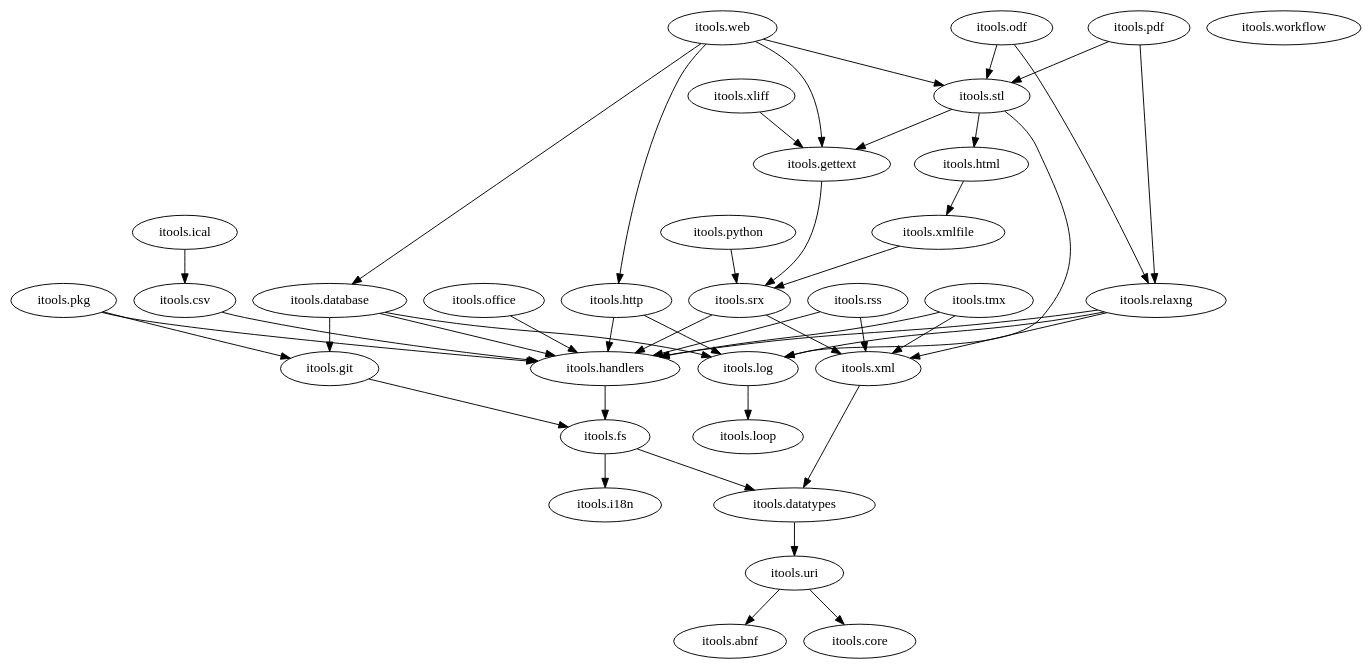
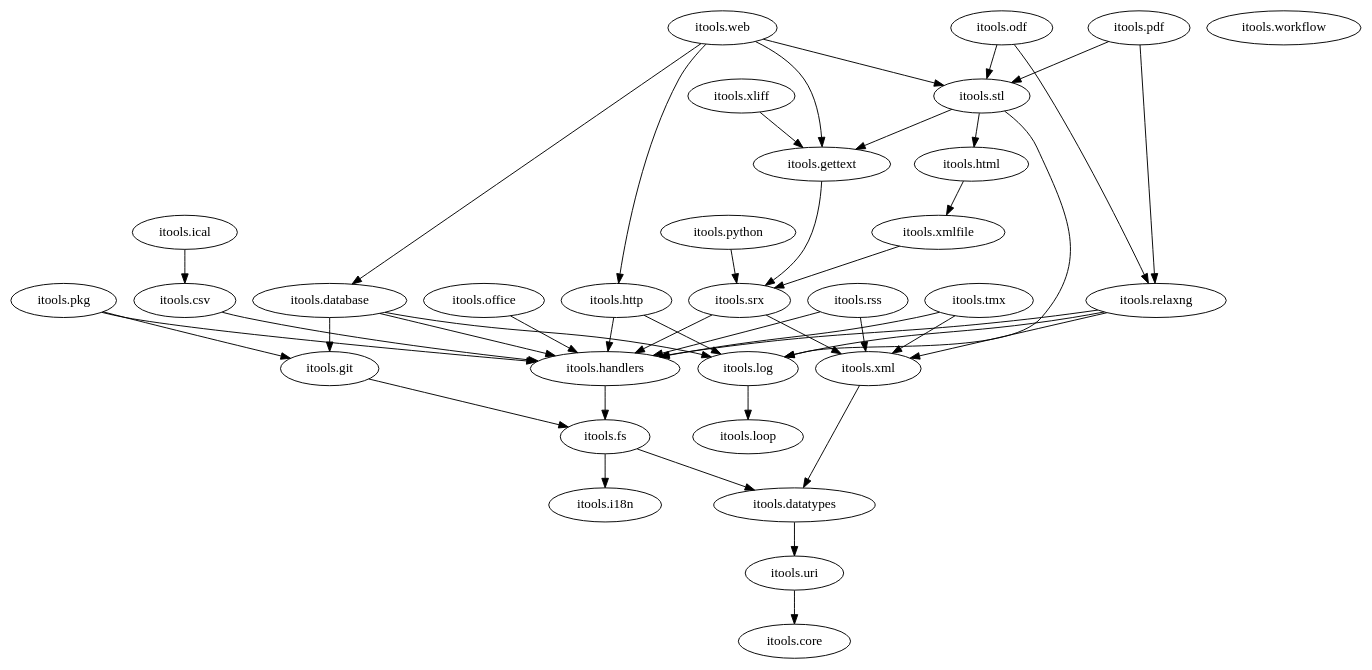
The diagram in docs/figures-src/packages.dot (hforge/itools), drawn with Graphviz before and after one commit. The commit also changed 13 other files, not shown here.

```diff
--- a/docs/figures-src/packages.dot
+++ b/docs/figures-src/packages.dot
@@ -1,152 +1,149 @@
 digraph G {
-  "itools.abnf";
-
   "itools.core";
 
   //"itools.csv" -> "itools.core";
   //"itools.csv" -> "itools.datatypes";
   "itools.csv" -> "itools.handlers";
 
   //"itools.database" -> "itools.core";
   //"itools.database" -> "itools.datatypes";
   //"itools.database" -> "itools.fs";
   "itools.database" -> "itools.git";
   "itools.database" -> "itools.handlers";
   //"itools.database" -> "itools.i18n";
   "itools.database" -> "itools.log";
   //"itools.database" -> "itools.uri";
 
   //"itools.datatypes" -> "itools.core";
   "itools.datatypes" -> "itools.uri";
 
   //"itools.fs" -> "itools.core";
   "itools.fs" -> "itools.datatypes";
   "itools.fs" -> "itools.i18n";
   //"itools.fs" -> "itools.uri";
 
   //"itools.gettext" -> "itools.core";
   //"itools.gettext" -> "itools.handlers";
   //"itools.gettext" -> "itools.i18n";
   "itools.gettext" -> "itools.srx";
   //"itools.gettext" -> "itools.xml";
 
   //"itools.git" -> "itools.core";
   //"itools.git" -> "itools.datatypes";
   "itools.git" -> "itools.fs";
 
   //"itools.handlers" -> "itools.core";
   //"itools.handlers" -> "itools.datatypes";
   "itools.handlers" -> "itools.fs";
 
   //"itools.html" -> "itools.core";
   //"itools.html" -> "itools.datatypes";
   //"itools.html" -> "itools.handlers";
   //"itools.html" -> "itools.xml";
   "itools.html" -> "itools.xmlfile";
 
   //"itools.http" -> "itools.datatypes";
   "itools.http" -> "itools.handlers";
   "itools.http" -> "itools.log";
 
   "itools.i18n";
 
   //"itools.ical" -> "itools.core";
   "itools.ical" -> "itools.csv";
   //"itools.ical" -> "itools.datatypes";
   //"itools.ical" -> "itools.handlers";
 
   "itools.log" -> "itools.loop";
 
   "itools.loop";
 
   //"itools.odf" -> "itools.core";
   //"itools.odf" -> "itools.datatypes";
   //"itools.odf" -> "itools.fs";
   //"itools.odf" -> "itools.handlers";
   "itools.odf" -> "itools.relaxng";
   "itools.odf" -> "itools.stl";
   //"itools.odf" -> "itools.xml";
   //"itools.odf" -> "itools.xmlfile";
 
   "itools.office" -> "itools.handlers";
 
   //"itools.pdf" -> "itools.core";
   //"itools.pdf" -> "itools.datatypes";
   //"itools.pdf" -> "itools.fs";
   //"itools.pdf" -> "itools.handlers";
   "itools.pdf" -> "itools.relaxng";
   "itools.pdf" -> "itools.stl";
   //"itools.pdf" -> "itools.uri";
   //"itools.pdf" -> "itools.xml";
   //"itools.pdf" -> "itools.xmlfile";
 
   //"itools.pkg" -> "itools.core";
   //"itools.pkg" -> "itools.datatypes";
   //"itools.pkg" -> "itools.fs";
   "itools.pkg" -> "itools.git";
   "itools.pkg" -> "itools.handlers";
 
   //"itools.python" -> "itools.handlers";
   "itools.python" -> "itools.srx";
 
   //"itools.relaxng" -> "itools.core";
   //"itools.relaxng" -> "itools.datatypes";
   //"itools.relaxng" -> "itools.fs";
   "itools.relaxng" -> "itools.handlers";
   "itools.relaxng" -> "itools.log";
   //"itools.relaxng" -> "itools.uri";
   "itools.relaxng" -> "itools.xml";
 
   //"itools.rss" -> "itools.core";
   //"itools.rss" -> "itools.datatypes";
   "itools.rss" -> "itools.handlers";
   "itools.rss" -> "itools.xml";
 
   //"itools.srx" -> "itools.core";
   "itools.srx" -> "itools.handlers";
   "itools.srx" -> "itools.xml";
 
   //"itools.stl" -> "itools.core";
   //"itools.stl" -> "itools.datatypes";
   "itools.stl" -> "itools.gettext";
   "itools.stl" -> "itools.html";
   "itools.stl" -> "itools.log";
   //"itools.stl" -> "itools.uri";
   //"itools.stl" -> "itools.xml";
   //"itools.stl" -> "itools.xmlfile";
 
   //"itools.tmx" -> "itools.core";
   //"itools.tmx" -> "itools.datatypes";
   "itools.tmx" -> "itools.handlers";
   "itools.tmx" -> "itools.xml";
 
-  "itools.uri" -> "itools.abnf";
   "itools.uri" -> "itools.core";
 
   //"itools.web" -> "itools.core";
   "itools.web" -> "itools.database";
   //"itools.web" -> "itools.datatypes";
   "itools.web" -> "itools.gettext";
   "itools.web" -> "itools.http";
   //"itools.web" -> "itools.i18n";
   //"itools.web" -> "itools.log";
   "itools.web" -> "itools.stl";
   //"itools.web" -> "itools.uri";
   //"itools.web" -> "itools.xml";
 
   "itools.workflow";
 
   //"itools.xliff" -> "itools.core";
   //"itools.xliff" -> "itools.datatypes";
   "itools.xliff" -> "itools.gettext";
   //"itools.xliff" -> "itools.handlers";
   //"itools.xliff" -> "itools.srx";
   //"itools.xliff" -> "itools.xml";
 
   "itools.xml" -> "itools.datatypes";
 
   //"itools.xmlfile" -> "itools.datatypes";
   //"itools.xmlfile" -> "itools.handlers";
   "itools.xmlfile" -> "itools.srx";
   //"itools.xmlfile" -> "itools.xml";
 }
```
